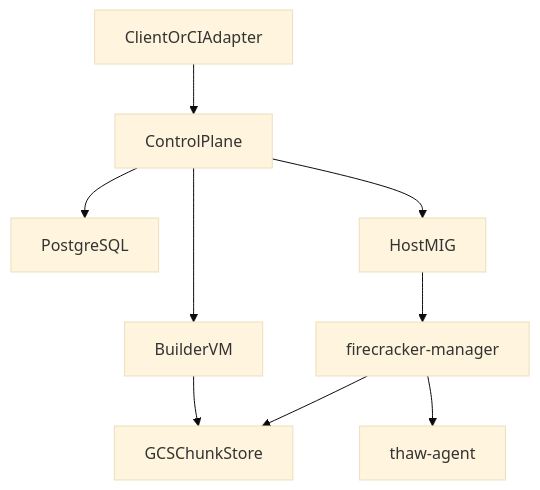
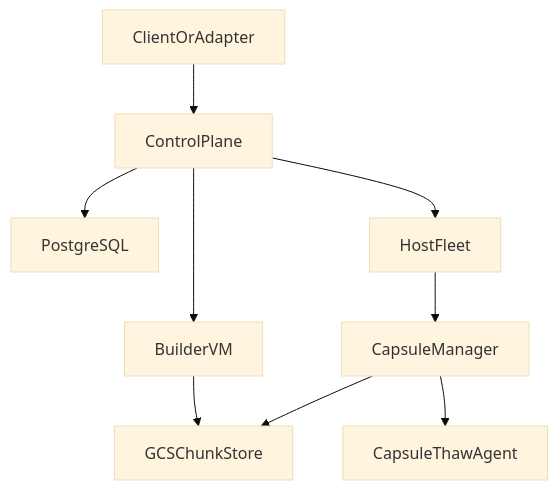
Before and after one commit to rahul-roy-glean/capsule: the first of 4 diagrams in docs/architecture.md, drawn with Mermaid (base theme). The commit also changed other lines of this file and 297 other files, not shown here.

````diff
--- a/docs/architecture.md
+++ b/docs/architecture.md
@@ -13,20 +29,20 @@
 ```mermaid
 flowchart TD
-  client[ClientOrCIAdapter]
+  client[ClientOrAdapter]
   controlPlane[ControlPlane]
   postgres[PostgreSQL]
   gcsStore[GCSChunkStore]
-  hostMIG[HostMIG]
-  hostAgent[firecracker-manager]
-  guestAgent[thaw-agent]
+  hostFleet[HostFleet]
+  hostAgent[CapsuleManager]
+  guestAgent[CapsuleThawAgent]
   builderVm[BuilderVM]
 
   client --> controlPlane
   controlPlane --> postgres
   controlPlane --> builderVm
   builderVm --> gcsStore
-  controlPlane --> hostMIG
-  hostMIG --> hostAgent
+  controlPlane --> hostFleet
+  hostFleet --> hostAgent
   hostAgent --> gcsStore
   hostAgent --> guestAgent
 ```
````
